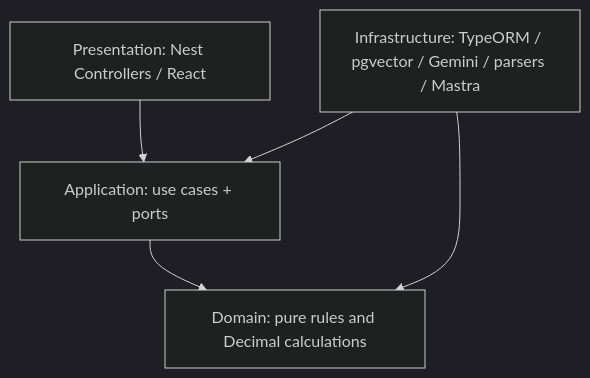
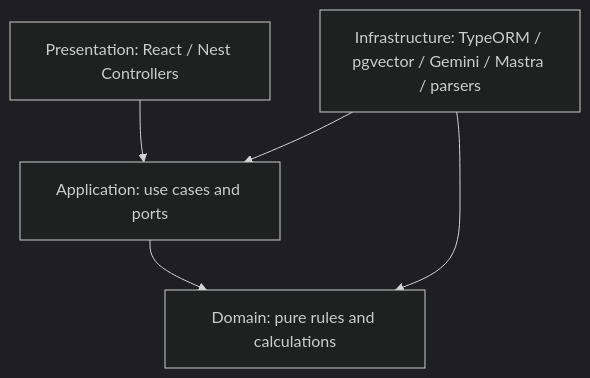
Before and after one commit to MohamedHamdy2003/Credit-Copilot: the diagram in DAY-1-REVIEW.md, drawn with Mermaid (dark theme). The commit also changed other lines of this file and 5 other files, not shown here.

````diff
--- a/DAY-1-REVIEW.md
+++ b/DAY-1-REVIEW.md
@@ -81,7 +64,7 @@
 ```mermaid
 flowchart TD
-  P[Presentation: Nest Controllers / React] --> A[Application: use cases + ports]
-  A --> D[Domain: pure rules and Decimal calculations]
-  I[Infrastructure: TypeORM / pgvector / Gemini / parsers / Mastra] --> A
+  P[Presentation: React / Nest Controllers] --> A[Application: use cases and ports]
+  A --> D[Domain: pure rules and calculations]
+  I[Infrastructure: TypeORM / pgvector / Gemini / Mastra / parsers] --> A
   I --> D
 ```
````
